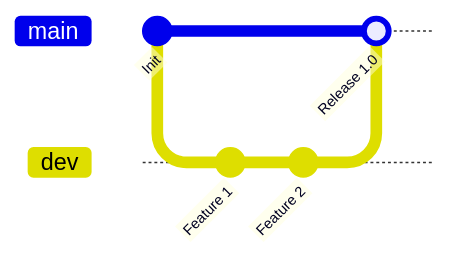
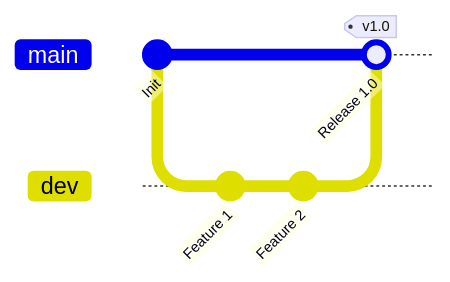
One commit to harshal31718/enma_trading_platform changed the second of 2 diagrams in workspace/plan/deployment_plan.md. Above: the diagram before and after it, drawn with Mermaid. The commit also changed other lines of this file, not shown here.

````diff
--- a/workspace/plan/deployment_plan.md
+++ b/workspace/plan/deployment_plan.md
@@ -358,10 +492,10 @@
 ```mermaid
 gitGraph
     commit id: "Init"
     branch dev
     checkout dev
     commit id: "Feature 1"
     commit id: "Feature 2"
     checkout main
-    merge dev id: "Release 1.0"
+    merge dev id: "Release 1.0" tag: "v1.0"
 ```
````
